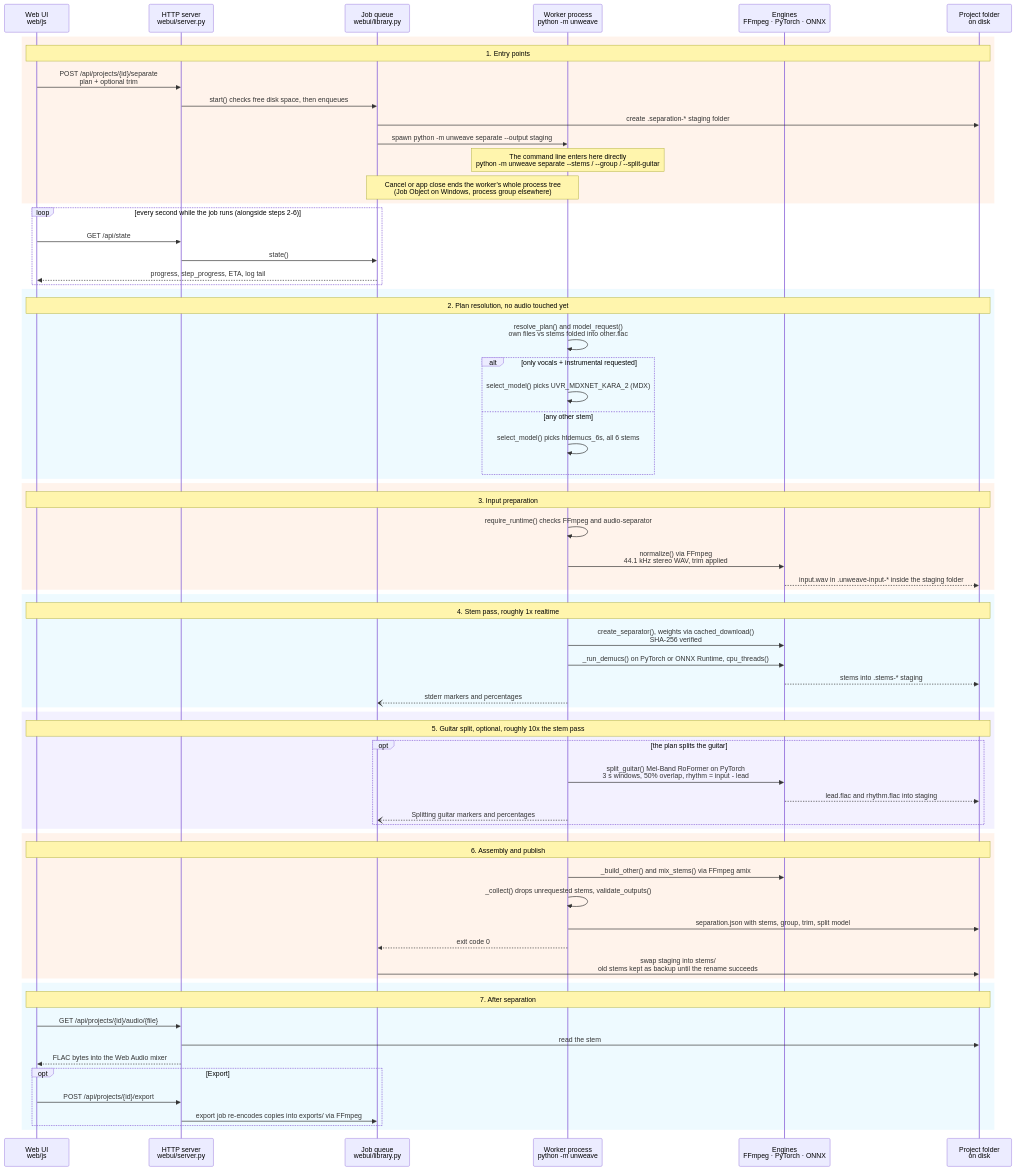
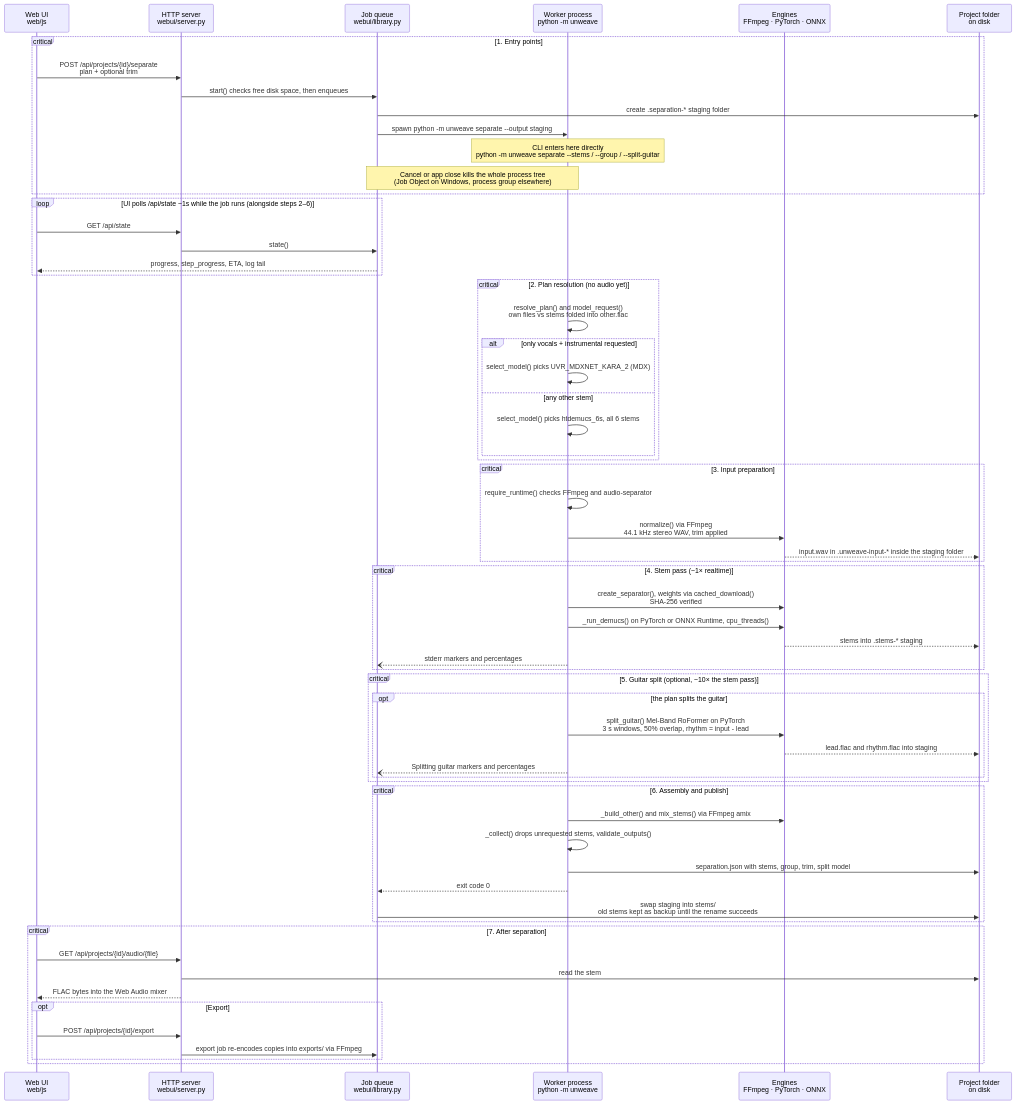
Before and after one commit to phunguyen4869/unweave: the diagram in docs/architecture.md, drawn with Mermaid. The commit also changed other lines of this file and 3 other files, not shown here.

First line of the commit message:
Enhance documentation with new learning resources and architecture details

````diff
--- a/docs/architecture.md
+++ b/docs/architecture.md
@@ -15,79 +37,72 @@
 ```mermaid
 sequenceDiagram
     participant UI as Web UI<br/>web/js
     participant SRV as HTTP server<br/>webui/server.py
     participant Q as Job queue<br/>webui/library.py
     participant W as Worker process<br/>python -m unweave
     participant ENG as Engines<br/>FFmpeg · PyTorch · ONNX
     participant FS as Project folder<br/>on disk
 
-    rect rgba(255, 138, 61, 0.10)
-    Note over UI,FS: 1. Entry points
-    UI->>SRV: POST /api/projects/{id}/separate<br/>plan + optional trim
-    SRV->>Q: start() checks free disk space, then enqueues
-    Q->>FS: create .separation-* staging folder
-    Q->>W: spawn python -m unweave separate --output staging
-    Note over W: The command line enters here directly<br/>python -m unweave separate --stems / --group / --split-guitar
-    Note over Q,W: Cancel or app close ends the worker's whole process tree<br/>(Job Object on Windows, process group elsewhere)
+    critical 1. Entry points
+        UI->>SRV: POST /api/projects/{id}/separate<br/>plan + optional trim
+        SRV->>Q: start() checks free disk space, then enqueues
+        Q->>FS: create .separation-* staging folder
+        Q->>W: spawn python -m unweave separate --output staging
+        Note over W: CLI enters here directly<br/>python -m unweave separate --stems / --group / --split-guitar
+        Note over Q,W: Cancel or app close kills the whole process tree<br/>(Job Object on Windows, process group elsewhere)
     end
 
-    loop every second while the job runs (alongside steps 2-6)
+    loop UI polls /api/state ~1s while the job runs (alongside steps 2–6)
         UI->>SRV: GET /api/state
         SRV->>Q: state()
         Q-->>UI: progress, step_progress, ETA, log tail
     end
 
-    rect rgba(92, 200, 255, 0.10)
-    Note over UI,FS: 2. Plan resolution, no audio touched yet
-    W->>W: resolve_plan() and model_request()<br/>own files vs stems folded into other.flac
-    alt only vocals + instrumental requested
-        W->>W: select_model() picks UVR_MDXNET_KARA_2 (MDX)
-    else any other stem
-        W->>W: select_model() picks htdemucs_6s, all 6 stems
-    end
+    critical 2. Plan resolution (no audio yet)
+        W->>W: resolve_plan() and model_request()<br/>own files vs stems folded into other.flac
+        alt only vocals + instrumental requested
+            W->>W: select_model() picks UVR_MDXNET_KARA_2 (MDX)
+        else any other stem
+            W->>W: select_model() picks htdemucs_6s, all 6 stems
+        end
     end
 
-    rect rgba(255, 138, 61, 0.10)
-    Note over UI,FS: 3. Input preparation
-    W->>W: require_runtime() checks FFmpeg and audio-separator
-    W->>ENG: normalize() via FFmpeg<br/>44.1 kHz stereo WAV, trim applied
-    ENG-->>FS: input.wav in .unweave-input-* inside the staging folder
+    critical 3. Input preparation
+        W->>W: require_runtime() checks FFmpeg and audio-separator
+        W->>ENG: normalize() via FFmpeg<br/>44.1 kHz stereo WAV, trim applied
+        ENG-->>FS: input.wav in .unweave-input-* inside the staging folder
     end
 
-    rect rgba(92, 200, 255, 0.10)
-    Note over UI,FS: 4. Stem pass, roughly 1x realtime
-    W->>ENG: create_separator(), weights via cached_download()<br/>SHA-256 verified
-    W->>ENG: _run_demucs() on PyTorch or ONNX Runtime, cpu_threads()
-    ENG-->>FS: stems into .stems-* staging
-    W--)Q: stderr markers and percentages
+    critical 4. Stem pass (~1× realtime)
+        W->>ENG: create_separator(), weights via cached_download()<br/>SHA-256 verified
+        W->>ENG: _run_demucs() on PyTorch or ONNX Runtime, cpu_threads()
+        ENG-->>FS: stems into .stems-* staging
+        W--)Q: stderr markers and percentages
     end
 
-    rect rgba(157, 140, 255, 0.12)
-    Note over UI,FS: 5. Guitar split, optional, roughly 10x the stem pass
-    opt the plan splits the guitar
-        W->>ENG: split_guitar() Mel-Band RoFormer on PyTorch<br/>3 s windows, 50% overlap, rhythm = input - lead
-        ENG-->>FS: lead.flac and rhythm.flac into staging
-        W--)Q: Splitting guitar markers and percentages
-    end
+    critical 5. Guitar split (optional, ~10× the stem pass)
+        opt the plan splits the guitar
+            W->>ENG: split_guitar() Mel-Band RoFormer on PyTorch<br/>3 s windows, 50% overlap, rhythm = input - lead
+            ENG-->>FS: lead.flac and rhythm.flac into staging
+            W--)Q: Splitting guitar markers and percentages
+        end
     end
 
-    rect rgba(255, 138, 61, 0.10)
-    Note over UI,FS: 6. Assembly and publish
-    W->>ENG: _build_other() and mix_stems() via FFmpeg amix
-    W->>W: _collect() drops unrequested stems, validate_outputs()
-    W->>FS: separation.json with stems, group, trim, split model
-    W-->>Q: exit code 0
-    Q->>FS: swap staging into stems/<br/>old stems kept as backup until the rename succeeds
+    critical 6. Assembly and publish
+        W->>ENG: _build_other() and mix_stems() via FFmpeg amix
+        W->>W: _collect() drops unrequested stems, validate_outputs()
+        W->>FS: separation.json with stems, group, trim, split model
+        W-->>Q: exit code 0
+        Q->>FS: swap staging into stems/<br/>old stems kept as backup until the rename succeeds
     end
 
-    rect rgba(92, 200, 255, 0.10)
-    Note over UI,FS: 7. After separation
-    UI->>SRV: GET /api/projects/{id}/audio/{file}
-    SRV->>FS: read the stem
-    SRV-->>UI: FLAC bytes into the Web Audio mixer
-    opt Export
-        UI->>SRV: POST /api/projects/{id}/export
-        SRV->>Q: export job re-encodes copies into exports/ via FFmpeg
-    end
+    critical 7. After separation
+        UI->>SRV: GET /api/projects/{id}/audio/{file}
+        SRV->>FS: read the stem
+        SRV-->>UI: FLAC bytes into the Web Audio mixer
+        opt Export
+            UI->>SRV: POST /api/projects/{id}/export
+            SRV->>Q: export job re-encodes copies into exports/ via FFmpeg
+        end
     end
 ```
````
